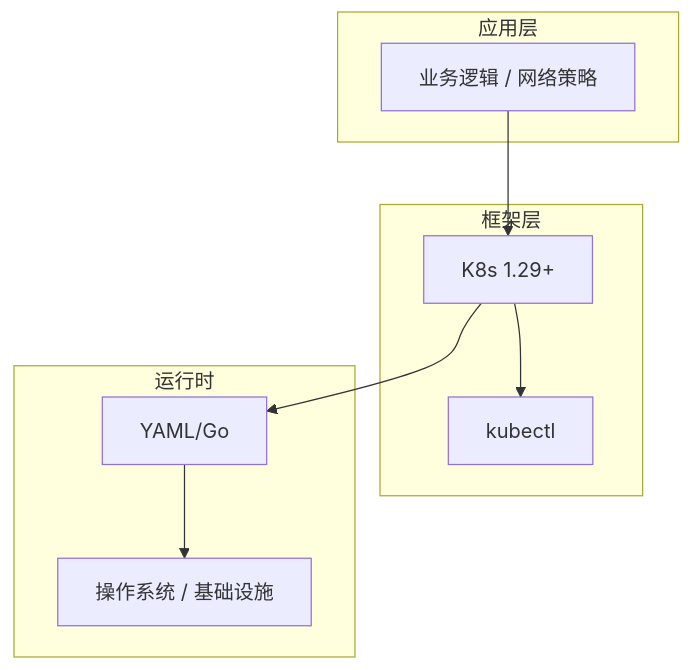
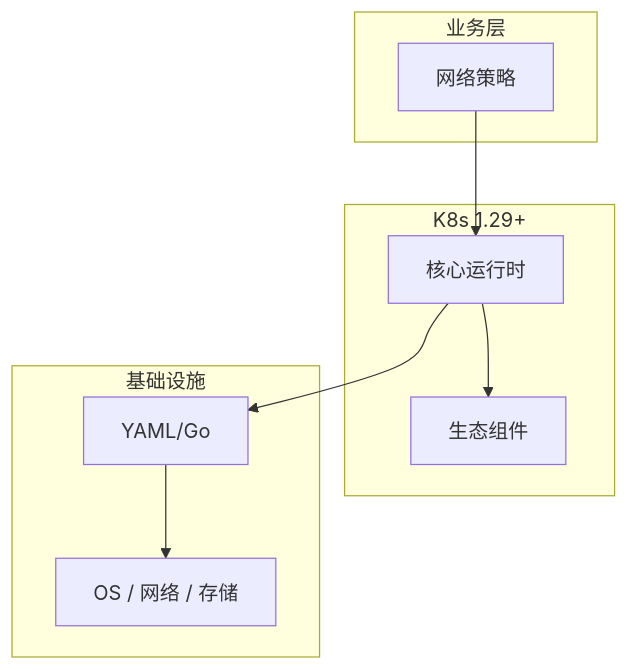
Before and after one commit to yanggan2015/knowledge-json-v2: the diagram in articles/Kubernetes/chapters/121-网络策略核心概念与原理.md, drawn with Mermaid. The commit also changed other lines of this file and 10127 other files, not shown here.

````diff
--- a/articles/Kubernetes/chapters/121-网络策略核心概念与原理.md
+++ b/articles/Kubernetes/chapters/121-网络策略核心概念与原理.md
@@ -45,18 +34,18 @@
 ```mermaid
 graph TB
-    subgraph 应用层
-        A[业务逻辑 / 网络策略]
+    subgraph 业务层
+        A[网络策略]
     end
-    subgraph 框架层
-        B[K8s 1.29+]
-        C[kubectl]
+    subgraph K8s 1.29+
+        B[核心运行时]
+        C[生态组件]
     end
-    subgraph 运行时
+    subgraph 基础设施
         D[YAML/Go]
-        E[操作系统 / 基础设施]
+        E[OS / 网络 / 存储]
     end
     A --> B
     B --> C
     B --> D
     D --> E
 ```
````
